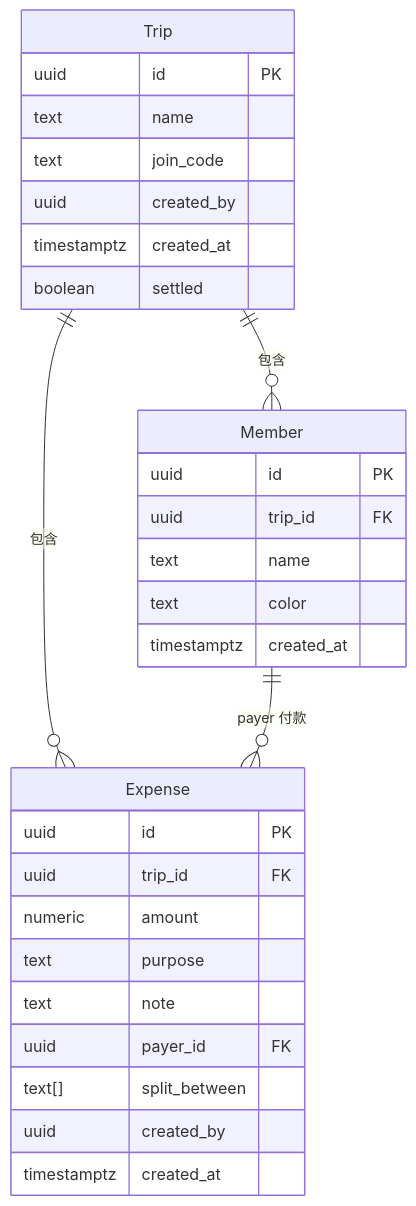
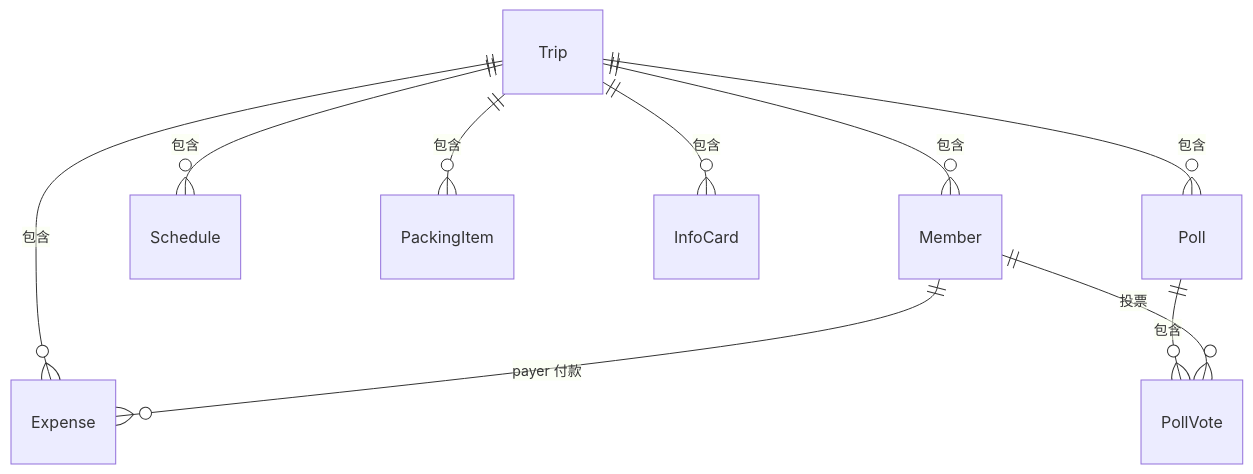
Before and after one commit to Ember1414/travel-split: the second of 2 diagrams in .trae/documents/TechArch.md, drawn with Mermaid. The commit also changed other lines of this file and 2 other files, not shown here.

````diff
--- a/.trae/documents/TechArch.md
+++ b/.trae/documents/TechArch.md
@@ -102,32 +111,12 @@
 ```mermaid
 erDiagram
     Trip ||--o{ Member : "包含"
     Trip ||--o{ Expense : "包含"
+    Trip ||--o{ Schedule : "包含"
+    Trip ||--o{ PackingItem : "包含"
+    Trip ||--o{ InfoCard : "包含"
+    Trip ||--o{ Poll : "包含"
     Member ||--o{ Expense : "payer 付款"
-    Trip {
-        uuid id PK
-        text name
-        text join_code
-        uuid created_by
-        timestamptz created_at
-        boolean settled
-    }
-    Member {
-        uuid id PK
-        uuid trip_id FK
-        text name
-        text color
-        timestamptz created_at
-    }
-    Expense {
-        uuid id PK
-        uuid trip_id FK
-        numeric amount
-        text purpose
-        text note
-        uuid payer_id FK
-        text[] split_between
-        uuid created_by
-        timestamptz created_at
-    }
+    Poll ||--o{ PollVote : "包含"
+    Member ||--o{ PollVote : "投票"
 ```
````
